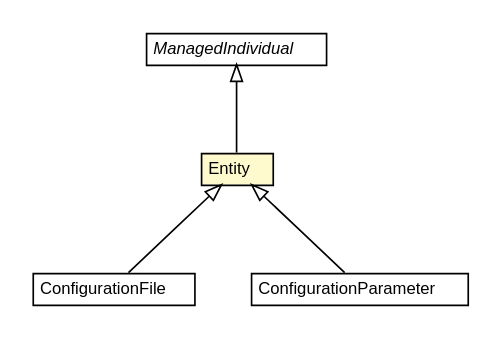
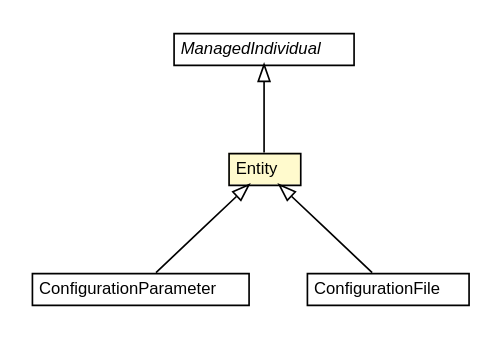
Before and after one commit to universAAL/middleware: the diagram in mw.pom/apidocs/org/universAAL/middleware/managers/configuration/core/owl/Entity.dot, drawn with Graphviz. The commit also changed 2640 other files, not shown here.

```diff
--- a/mw.pom/apidocs/org/universAAL/middleware/managers/configuration/core/owl/Entity.dot
+++ b/mw.pom/apidocs/org/universAAL/middleware/managers/configuration/core/owl/Entity.dot
@@ -1,42 +1,42 @@
 #!/usr/local/bin/dot
 #
 # Class diagram 
 # Generated by UMLGraph version R5_6-24-gf6e263 (http://www.umlgraph.org/)
 #
 
 digraph G {
 	edge [fontname="Helvetica",fontsize=10,labelfontname="Helvetica",labelfontsize=10];
 	node [fontname="Helvetica",fontsize=10,shape=plaintext];
 	nodesep=0.25;
 	ranksep=0.5;
 	// org.universAAL.middleware.owl.ManagedIndividual
-	c190850 [label=<<table title="org.universAAL.middleware.owl.ManagedIndividual" border="0" cellborder="1" cellspacing="0" cellpadding="2" port="p" href="../../../../owl/ManagedIndividual.html">
+	c190869 [label=<<table title="org.universAAL.middleware.owl.ManagedIndividual" border="0" cellborder="1" cellspacing="0" cellpadding="2" port="p" href="../../../../owl/ManagedIndividual.html">
 		<tr><td><table border="0" cellspacing="0" cellpadding="1">
 <tr><td align="center" balign="center"><font face="Helvetica-Oblique"> ManagedIndividual </font></td></tr>
 		</table></td></tr>
 		</table>>, URL="../../../../owl/ManagedIndividual.html", fontname="Helvetica", fontcolor="black", fontsize=10.0];
+	// org.universAAL.middleware.managers.configuration.core.owl.Entity
+	c191030 [label=<<table title="org.universAAL.middleware.managers.configuration.core.owl.Entity" border="0" cellborder="1" cellspacing="0" cellpadding="2" port="p" bgcolor="lemonChiffon" href="./Entity.html">
+		<tr><td><table border="0" cellspacing="0" cellpadding="1">
+<tr><td align="center" balign="center"> Entity </td></tr>
+		</table></td></tr>
+		</table>>, URL="./Entity.html", fontname="Helvetica", fontcolor="black", fontsize=10.0];
+	// org.universAAL.middleware.managers.configuration.core.owl.ConfigurationParameter
+	c191031 [label=<<table title="org.universAAL.middleware.managers.configuration.core.owl.ConfigurationParameter" border="0" cellborder="1" cellspacing="0" cellpadding="2" port="p" href="./ConfigurationParameter.html">
+		<tr><td><table border="0" cellspacing="0" cellpadding="1">
+<tr><td align="center" balign="center"> ConfigurationParameter </td></tr>
+		</table></td></tr>
+		</table>>, URL="./ConfigurationParameter.html", fontname="Helvetica", fontcolor="black", fontsize=10.0];
 	// org.universAAL.middleware.managers.configuration.core.owl.ConfigurationFile
-	c191047 [label=<<table title="org.universAAL.middleware.managers.configuration.core.owl.ConfigurationFile" border="0" cellborder="1" cellspacing="0" cellpadding="2" port="p" href="./ConfigurationFile.html">
+	c191032 [label=<<table title="org.universAAL.middleware.managers.configuration.core.owl.ConfigurationFile" border="0" cellborder="1" cellspacing="0" cellpadding="2" port="p" href="./ConfigurationFile.html">
 		<tr><td><table border="0" cellspacing="0" cellpadding="1">
 <tr><td align="center" balign="center"> ConfigurationFile </td></tr>
 		</table></td></tr>
 		</table>>, URL="./ConfigurationFile.html", fontname="Helvetica", fontcolor="black", fontsize=10.0];
-	// org.universAAL.middleware.managers.configuration.core.owl.ConfigurationParameter
-	c191048 [label=<<table title="org.universAAL.middleware.managers.configuration.core.owl.ConfigurationParameter" border="0" cellborder="1" cellspacing="0" cellpadding="2" port="p" href="./ConfigurationParameter.html">
-		<tr><td><table border="0" cellspacing="0" cellpadding="1">
-<tr><td align="center" balign="center"> ConfigurationParameter </td></tr>
-		</table></td></tr>
-		</table>>, URL="./ConfigurationParameter.html", fontname="Helvetica", fontcolor="black", fontsize=10.0];
-	// org.universAAL.middleware.managers.configuration.core.owl.Entity
-	c191051 [label=<<table title="org.universAAL.middleware.managers.configuration.core.owl.Entity" border="0" cellborder="1" cellspacing="0" cellpadding="2" port="p" bgcolor="lemonChiffon" href="./Entity.html">
-		<tr><td><table border="0" cellspacing="0" cellpadding="1">
-<tr><td align="center" balign="center"> Entity </td></tr>
-		</table></td></tr>
-		</table>>, URL="./Entity.html", fontname="Helvetica", fontcolor="black", fontsize=10.0];
+	//org.universAAL.middleware.managers.configuration.core.owl.Entity extends org.universAAL.middleware.owl.ManagedIndividual
+	c190869:p -> c191030:p [dir=back,arrowtail=empty];
+	//org.universAAL.middleware.managers.configuration.core.owl.ConfigurationParameter extends org.universAAL.middleware.managers.configuration.core.owl.Entity
+	c191030:p -> c191031:p [dir=back,arrowtail=empty];
 	//org.universAAL.middleware.managers.configuration.core.owl.ConfigurationFile extends org.universAAL.middleware.managers.configuration.core.owl.Entity
-	c191051:p -> c191047:p [dir=back,arrowtail=empty];
-	//org.universAAL.middleware.managers.configuration.core.owl.ConfigurationParameter extends org.universAAL.middleware.managers.configuration.core.owl.Entity
-	c191051:p -> c191048:p [dir=back,arrowtail=empty];
-	//org.universAAL.middleware.managers.configuration.core.owl.Entity extends org.universAAL.middleware.owl.ManagedIndividual
-	c190850:p -> c191051:p [dir=back,arrowtail=empty];
+	c191030:p -> c191032:p [dir=back,arrowtail=empty];
 }
```
